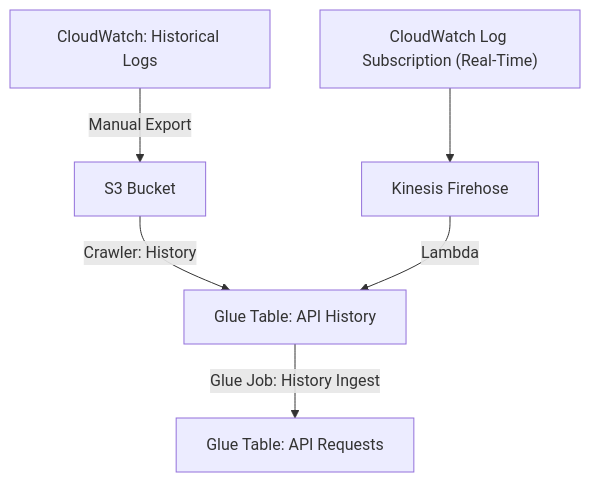
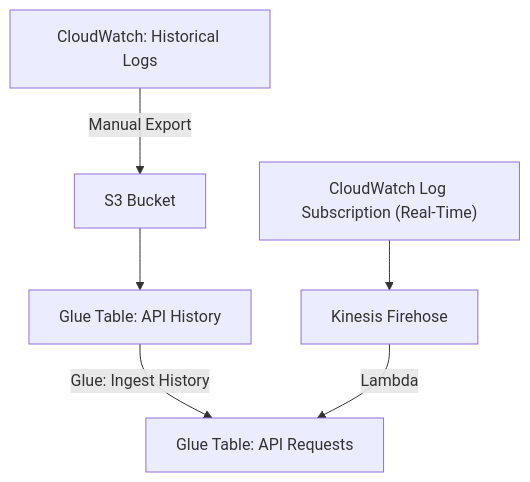
The first of 2 diagrams in insights/terraform/projects/bfd/README.md (CMSgov/beneficiary-fhir-data), drawn with Mermaid before and after one commit. The commit also changed other lines of this file and 5 other files, not shown here.

Commit message:
Firehose goes to API Requests directly

````diff
--- a/insights/terraform/projects/bfd/README.md
+++ b/insights/terraform/projects/bfd/README.md
@@ -29,9 +41,9 @@
 ```mermaid
 flowchart TD
     CloudWatch["CloudWatch: Historical Logs"] -->|Manual Export| S3
-    S3["S3 Bucket"] -->|Crawler: History| History["Glue Table: API History"]
-    History -->|Glue Job: History Ingest| APIRequests["Glue Table: API Requests"]
+    S3["S3 Bucket"] --> History["Glue Table: API History"]
+    History -->|Glue: Ingest History| APIRequests["Glue Table: API Requests"]
 
     EC2["CloudWatch Log Subscription (Real-Time)"] --> Firehose["Kinesis Firehose"]
-    Firehose -->|Lambda| History
+    Firehose -->|Lambda| APIRequests
 ```
````
